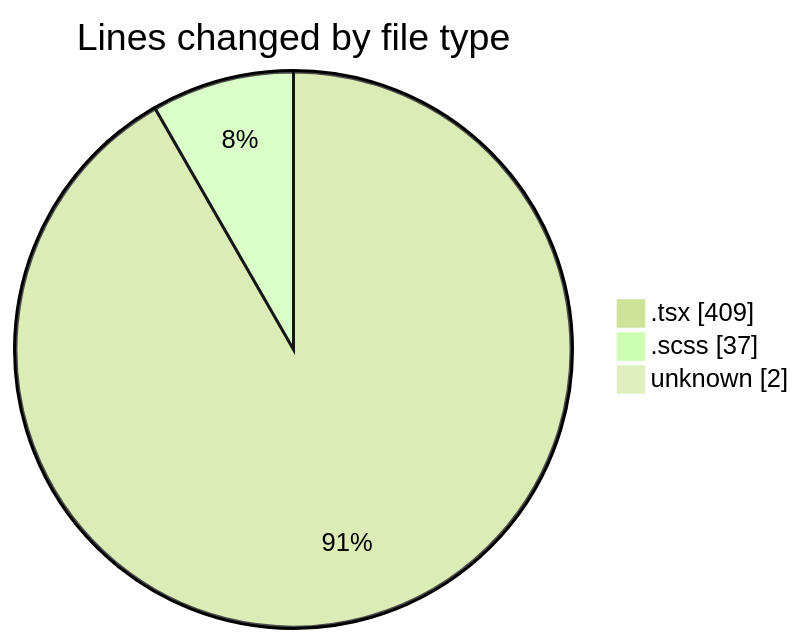
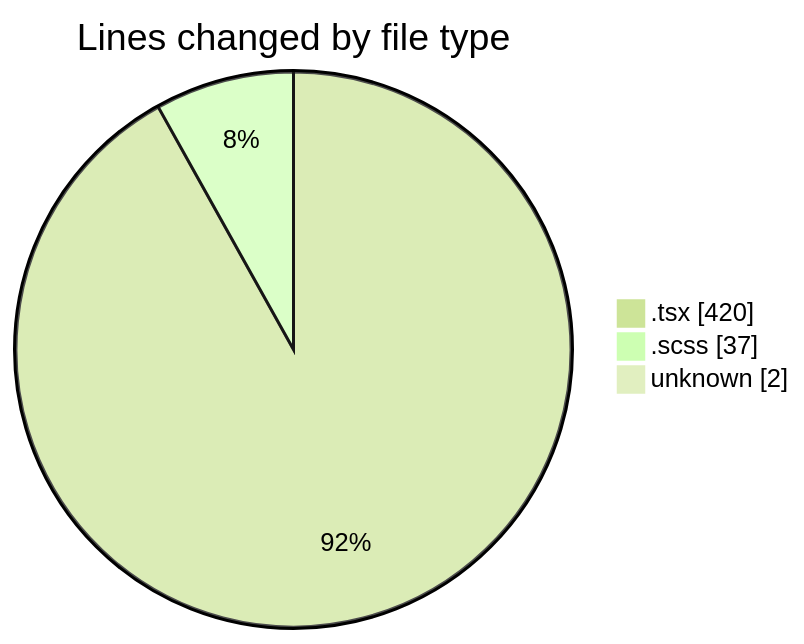
Before and after one commit to momahboobian/code-tracking: the first of 2 diagrams in 2025-02-13/cda/README.md, drawn with Mermaid (forest theme). The commit also changed other lines of this file and 1 other file, not shown here.

````diff
--- a/2025-02-13/cda/README.md
+++ b/2025-02-13/cda/README.md
@@ -28,7 +28,7 @@
 ```mermaid
 pie showData
 title Lines changed by file type
-".tsx" : 409
+".tsx" : 420
 ".scss" : 37
 "unknown" : 2
 ```
````
